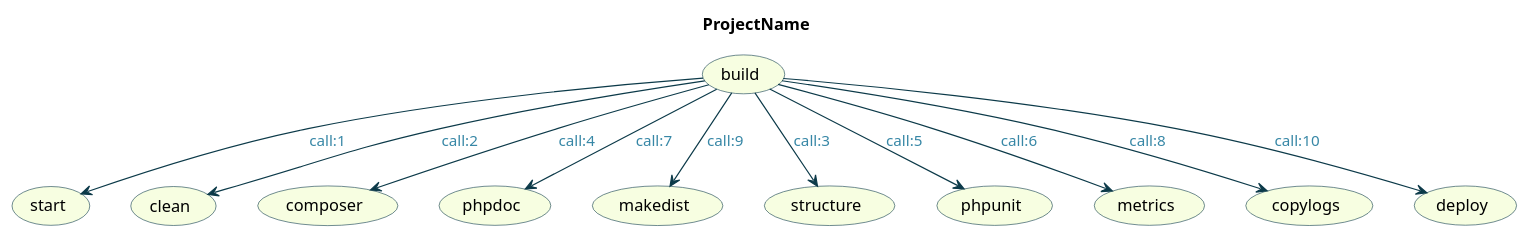
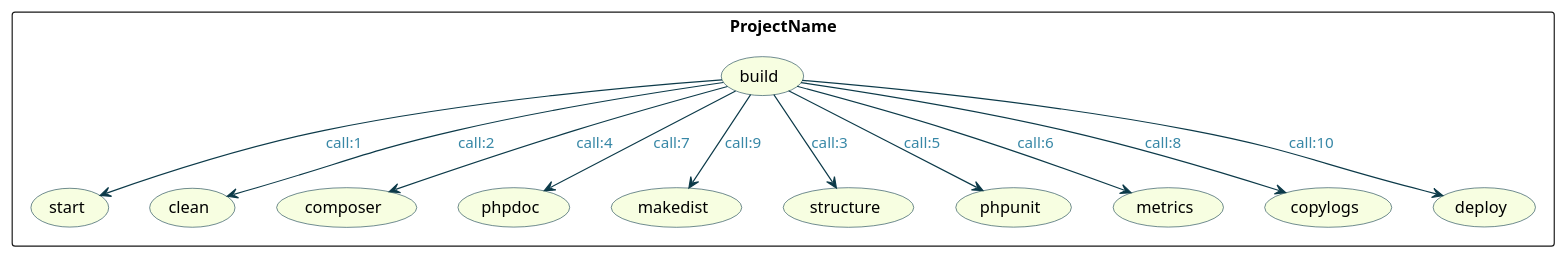
One commit to jawira/phing-visualizer changed the diagram in resources/puml/gist-alphabraga.puml. Above: the diagram before and after it, drawn with PlantUML. The commit also changed 6 other files, not shown here.

```diff
--- a/resources/puml/gist-alphabraga.puml
+++ b/resources/puml/gist-alphabraga.puml
@@ -1,35 +1,36 @@
 @startuml
 
-title ProjectName
 skinparam Arrow {
-    Color #0C3A49
-    FontColor #3787A6
+Color #0C3A49
+FontColor #3787A6
 }
 skinparam Usecase {
-    BackgroundColor #F7FEE1
-    BorderColor #0C3A49
+BackgroundColor #F7FEE1
+BorderColor #0C3A49
 }
 
+rectangle "ProjectName" {
 (build)
 (start)
 (clean)
 (composer)
 (phpdoc)
 (makedist)
 (structure)
 (phpunit)
 (metrics)
 (copylogs)
 (deploy)
+}
 
 (build) --> (start) : call:1
 (build) --> (clean) : call:2
 (build) --> (structure) : call:3
 (build) --> (composer) : call:4
 (build) --> (phpunit) : call:5
 (build) --> (metrics) : call:6
 (build) --> (phpdoc) : call:7
 (build) --> (copylogs) : call:8
 (build) --> (makedist) : call:9
 (build) --> (deploy) : call:10
 @enduml
```
